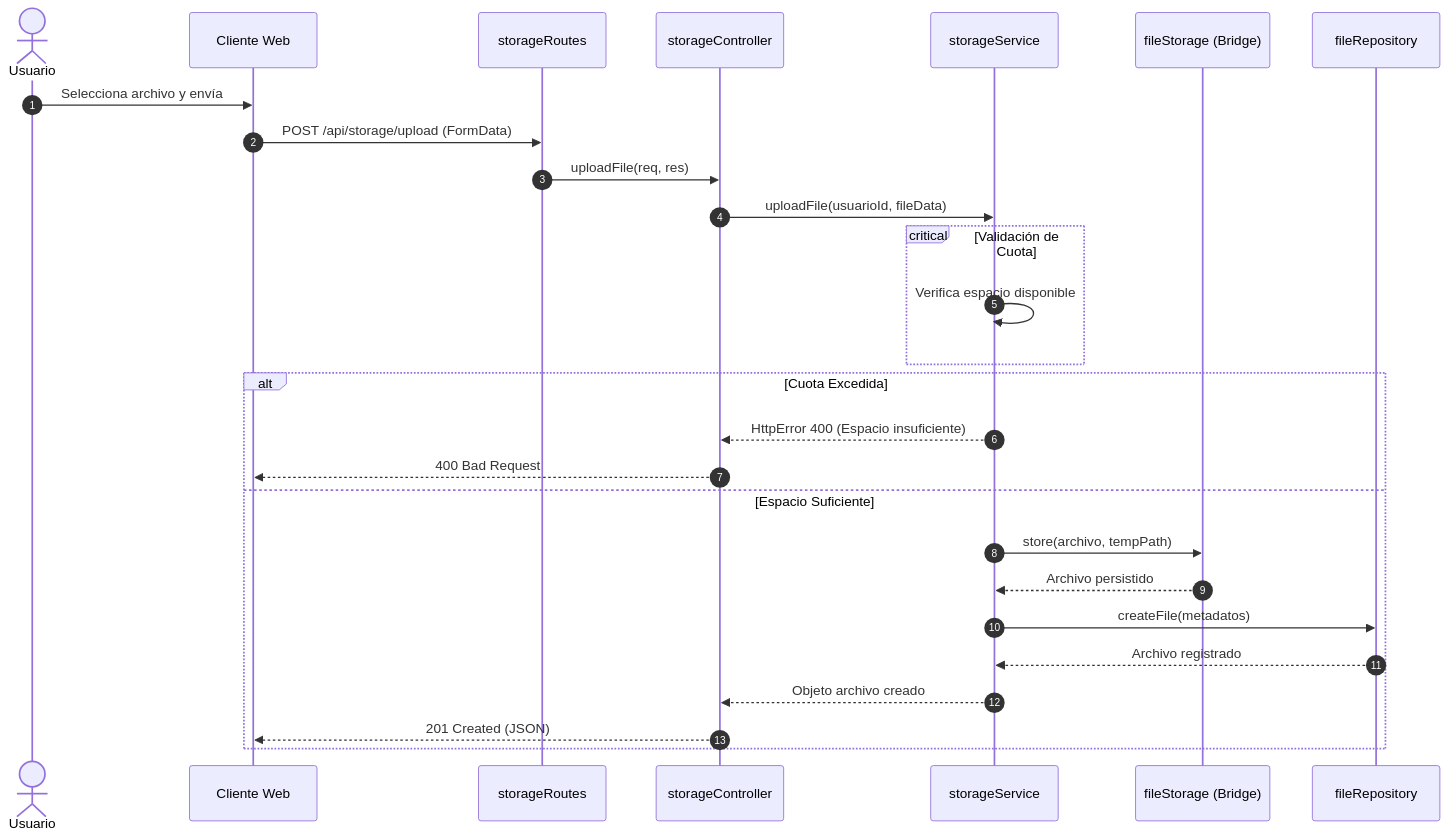
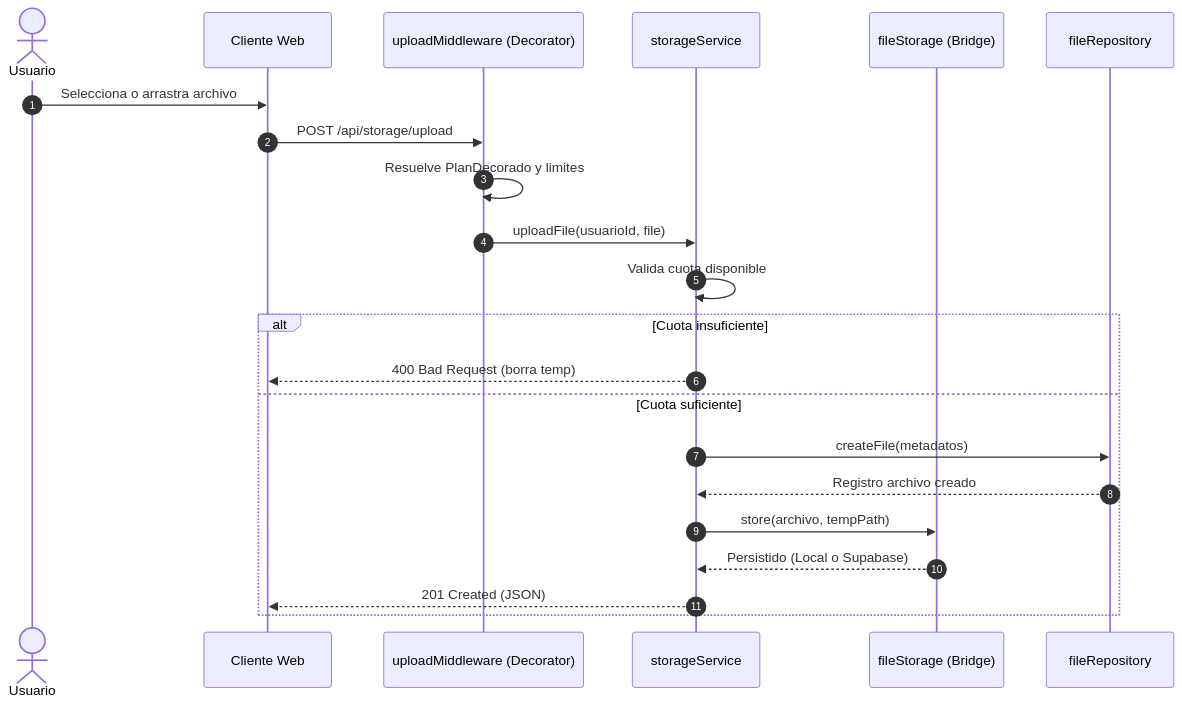
One commit to JFernn4/Servicio-de-Almacenamiento changed the eighth of 15 diagrams in docs/DOCUMENTACION_PROYECTO.md. Above: the diagram before and after it, drawn with Mermaid. The commit also changed other lines of this file and 8 other files, not shown here.

````diff
--- a/docs/DOCUMENTACION_PROYECTO.md
+++ b/docs/DOCUMENTACION_PROYECTO.md
@@ -345,30 +444,25 @@
 ```mermaid
 sequenceDiagram
     autonumber
     actor Usuario
     participant UI as Cliente Web
-    participant Router as storageRoutes
-    participant Ctrl as storageController
+    participant MW as uploadMiddleware (Decorator)
     participant Svc as storageService
     participant Bridge as fileStorage (Bridge)
     participant Repo as fileRepository
 
-    Usuario->>UI: Selecciona archivo y envía
-    UI->>Router: POST /api/storage/upload (FormData)
-    Router->>Ctrl: uploadFile(req, res)
-    Ctrl->>Svc: uploadFile(usuarioId, fileData)
-    critical Validación de Cuota
-        Svc->>Svc: Verifica espacio disponible
-    end
-    alt Cuota Excedida
-        Svc-->>Ctrl: HttpError 400 (Espacio insuficiente)
-        Ctrl-->>UI: 400 Bad Request
-    else Espacio Suficiente
+    Usuario->>UI: Selecciona o arrastra archivo
+    UI->>MW: POST /api/storage/upload
+    MW->>MW: Resuelve PlanDecorado y limites
+    MW->>Svc: uploadFile(usuarioId, file)
+    Svc->>Svc: Valida cuota disponible
+    alt Cuota insuficiente
+        Svc-->>UI: 400 Bad Request (borra temp)
+    else Cuota suficiente
+        Svc->>Repo: createFile(metadatos)
+        Repo-->>Svc: Registro archivo creado
         Svc->>Bridge: store(archivo, tempPath)
-        Bridge-->>Svc: Archivo persistido
-        Svc->>Repo: createFile(metadatos)
-        Repo-->>Svc: Archivo registrado
-        Svc-->>Ctrl: Objeto archivo creado
-        Ctrl-->>UI: 201 Created (JSON)
+        Bridge-->>Svc: Persistido (Local o Supabase)
+        Svc-->>UI: 201 Created (JSON)
     end
 ```
````
